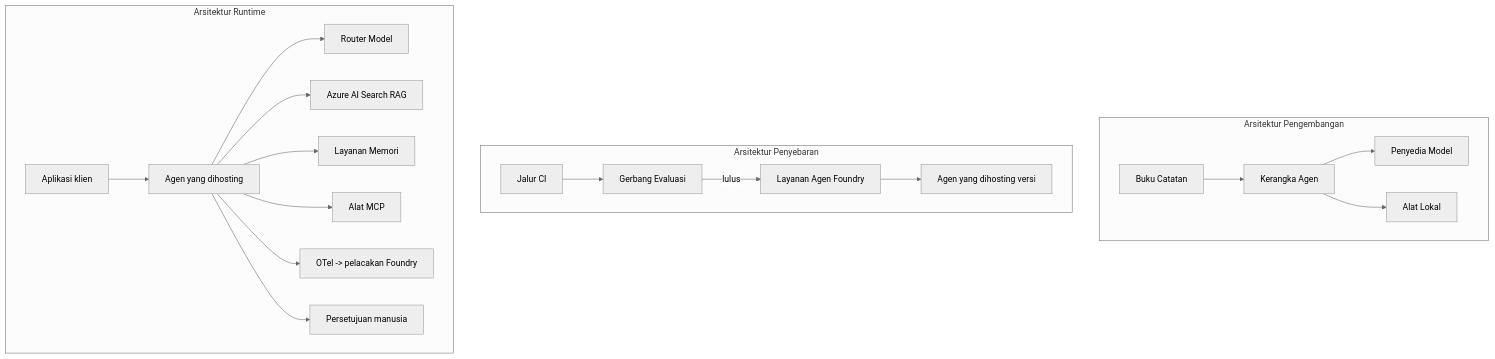
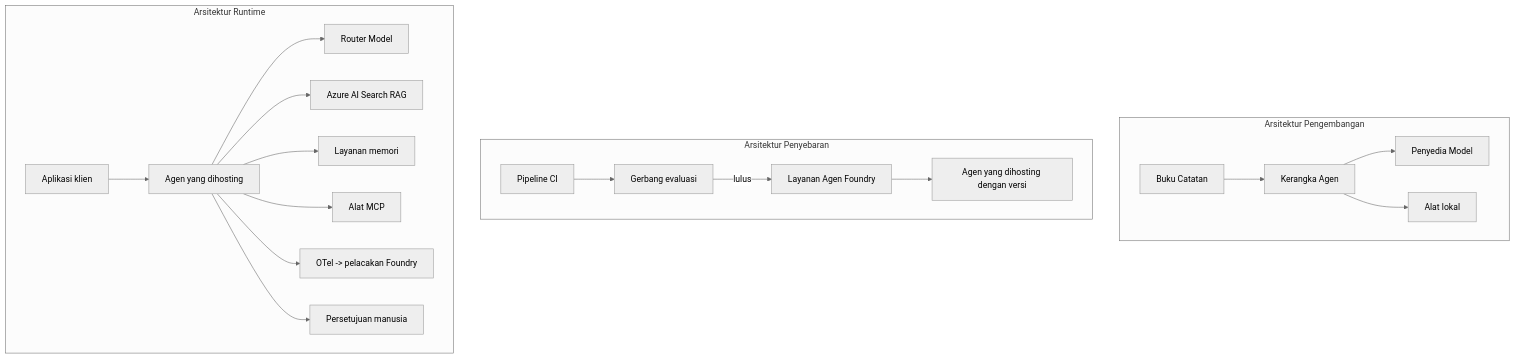
Before and after one commit to gabrielmoreira/agent-skills-mirror: the fourth of 4 diagrams in mirrors/repos/microsoft@ai-agents-for-beginners/translations/id/16-deploying-scalable-agents/README.md, drawn with Mermaid (neutral theme). The commit also changed other lines of this file and 3581 other files, not shown here.

````diff
--- a/mirrors/repos/microsoft@ai-agents-for-beginners/translations/id/16-deploying-scalable-agents/README.md
+++ b/mirrors/repos/microsoft@ai-agents-for-beginners/translations/id/16-deploying-scalable-agents/README.md
@@ -185,22 +185,22 @@
 ```mermaid
 flowchart TB
     subgraph Dev[Arsitektur Pengembangan]
         D1[Buku Catatan] --> D2[Kerangka Agen]
         D2 --> D3[Penyedia Model]
-        D2 --> D4[Alat Lokal]
+        D2 --> D4[Alat lokal]
     end
     subgraph Deploy[Arsitektur Penyebaran]
-        E1[Jalur CI] --> E2[Gerbang Evaluasi]
+        E1[Pipeline CI] --> E2[Gerbang evaluasi]
         E2 -->|lulus| E3[Layanan Agen Foundry]
-        E3 --> E4[Agen yang dihosting versi]
+        E3 --> E4[Agen yang dihosting dengan versi]
     end
     subgraph Run[Arsitektur Runtime]
         F1[Aplikasi klien] --> F2[Agen yang dihosting]
         F2 --> F3[Router Model]
         F2 --> F4[Azure AI Search RAG]
-        F2 --> F5[Layanan Memori]
+        F2 --> F5[Layanan memori]
         F2 --> F6[Alat MCP]
         F2 --> F7[OTel -> pelacakan Foundry]
         F2 --> F8[Persetujuan manusia]
     end
 ```
````
